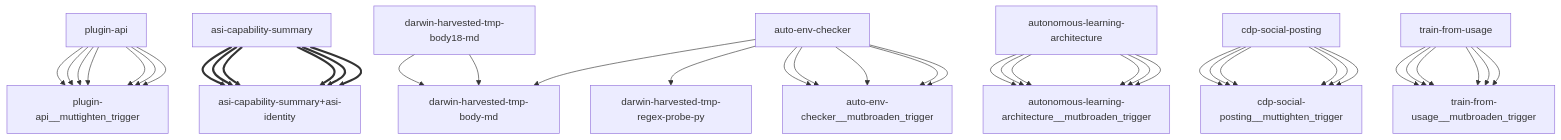
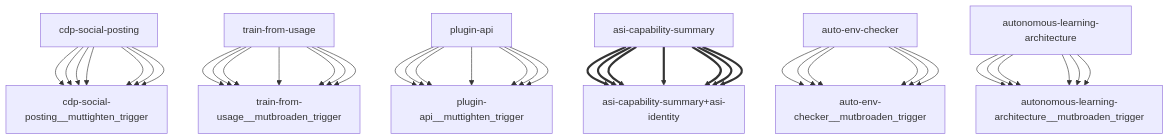
Before and after one commit to openamer/openamer: the diagram in reports/darwin-report.md, drawn with Mermaid. The commit also changed other lines of this file and 12 other files, not shown here.

````diff
--- a/reports/darwin-report.md
+++ b/reports/darwin-report.md
@@ -67,43 +67,43 @@
 ```mermaid
 graph TD
+    cdp-social-posting["cdp-social-posting"] --> cdp-social-posting__muttighten_trigger["cdp-social-posting__muttighten_trigger"]
+    train-from-usage["train-from-usage"] --> train-from-usage__mutbroaden_trigger["train-from-usage__mutbroaden_trigger"]
     plugin-api["plugin-api"] --> plugin-api__muttighten_trigger["plugin-api__muttighten_trigger"]
     asi-capability-summary["asi-capability-summary"] ==> asi-capability-summary+asi-identity["asi-capability-summary+asi-identity"]
-    auto-env-checker["auto-env-checker"] --> darwin-harvested-tmp-body-md["darwin-harvested-tmp-body-md"]
-    auto-env-checker["auto-env-checker"] --> darwin-harvested-tmp-regex-probe-py["darwin-harvested-tmp-regex-probe-py"]
     auto-env-checker["auto-env-checker"] --> auto-env-checker__mutbroaden_trigger["auto-env-checker__mutbroaden_trigger"]
     autonomous-learning-architecture["autonomous-learning-architecture"] --> autonomous-learning-architecture__mutbroaden_trigger["autonomous-learning-architecture__mutbroaden_trigger"]
     cdp-social-posting["cdp-social-posting"] --> cdp-social-posting__muttighten_trigger["cdp-social-posting__muttighten_trigger"]
     train-from-usage["train-from-usage"] --> train-from-usage__mutbroaden_trigger["train-from-usage__mutbroaden_trigger"]
     plugin-api["plugin-api"] --> plugin-api__muttighten_trigger["plugin-api__muttighten_trigger"]
+    asi-capability-summary["asi-capability-summary"] ==> asi-capability-summary+asi-identity["asi-capability-summary+asi-identity"]
+    auto-env-checker["auto-env-checker"] --> auto-env-checker__mutbroaden_trigger["auto-env-checker__mutbroaden_trigger"]
     autonomous-learning-architecture["autonomous-learning-architecture"] --> autonomous-learning-architecture__mutbroaden_trigger["autonomous-learning-architecture__mutbroaden_trigger"]
     cdp-social-posting["cdp-social-posting"] --> cdp-social-posting__muttighten_trigger["cdp-social-posting__muttighten_trigger"]
     train-from-usage["train-from-usage"] --> train-from-usage__mutbroaden_trigger["train-from-usage__mutbroaden_trigger"]
     plugin-api["plugin-api"] --> plugin-api__muttighten_trigger["plugin-api__muttighten_trigger"]
     asi-capability-summary["asi-capability-summary"] ==> asi-capability-summary+asi-identity["asi-capability-summary+asi-identity"]
-    darwin-harvested-tmp-body18-md["darwin-harvested-tmp-body18-md"] --> darwin-harvested-tmp-body-md["darwin-harvested-tmp-body-md"]
-    darwin-harvested-tmp-body18-md["darwin-harvested-tmp-body18-md"] --> darwin-harvested-tmp-body-md["darwin-harvested-tmp-body-md"]
     auto-env-checker["auto-env-checker"] --> auto-env-checker__mutbroaden_trigger["auto-env-checker__mutbroaden_trigger"]
     autonomous-learning-architecture["autonomous-learning-architecture"] --> autonomous-learning-architecture__mutbroaden_trigger["autonomous-learning-architecture__mutbroaden_trigger"]
     cdp-social-posting["cdp-social-posting"] --> cdp-social-posting__muttighten_trigger["cdp-social-posting__muttighten_trigger"]
     train-from-usage["train-from-usage"] --> train-from-usage__mutbroaden_trigger["train-from-usage__mutbroaden_trigger"]
     plugin-api["plugin-api"] --> plugin-api__muttighten_trigger["plugin-api__muttighten_trigger"]
     asi-capability-summary["asi-capability-summary"] ==> asi-capability-summary+asi-identity["asi-capability-summary+asi-identity"]
     auto-env-checker["auto-env-checker"] --> auto-env-checker__mutbroaden_trigger["auto-env-checker__mutbroaden_trigger"]
     autonomous-learning-architecture["autonomous-learning-architecture"] --> autonomous-learning-architecture__mutbroaden_trigger["autonomous-learning-architecture__mutbroaden_trigger"]
     cdp-social-posting["cdp-social-posting"] --> cdp-social-posting__muttighten_trigger["cdp-social-posting__muttighten_trigger"]
     train-from-usage["train-from-usage"] --> train-from-usage__mutbroaden_trigger["train-from-usage__mutbroaden_trigger"]
     plugin-api["plugin-api"] --> plugin-api__muttighten_trigger["plugin-api__muttighten_trigger"]
     asi-capability-summary["asi-capability-summary"] ==> asi-capability-summary+asi-identity["asi-capability-summary+asi-identity"]
     auto-env-checker["auto-env-checker"] --> auto-env-checker__mutbroaden_trigger["auto-env-checker__mutbroaden_trigger"]
     autonomous-learning-architecture["autonomous-learning-architecture"] --> autonomous-learning-architecture__mutbroaden_trigger["autonomous-learning-architecture__mutbroaden_trigger"]
     cdp-social-posting["cdp-social-posting"] --> cdp-social-posting__muttighten_trigger["cdp-social-posting__muttighten_trigger"]
     train-from-usage["train-from-usage"] --> train-from-usage__mutbroaden_trigger["train-from-usage__mutbroaden_trigger"]
     plugin-api["plugin-api"] --> plugin-api__muttighten_trigger["plugin-api__muttighten_trigger"]
     asi-capability-summary["asi-capability-summary"] ==> asi-capability-summary+asi-identity["asi-capability-summary+asi-identity"]
     auto-env-checker["auto-env-checker"] --> auto-env-checker__mutbroaden_trigger["auto-env-checker__mutbroaden_trigger"]
     autonomous-learning-architecture["autonomous-learning-architecture"] --> autonomous-learning-architecture__mutbroaden_trigger["autonomous-learning-architecture__mutbroaden_trigger"]
     cdp-social-posting["cdp-social-posting"] --> cdp-social-posting__muttighten_trigger["cdp-social-posting__muttighten_trigger"]
     train-from-usage["train-from-usage"] --> train-from-usage__mutbroaden_trigger["train-from-usage__mutbroaden_trigger"]
     plugin-api["plugin-api"] --> plugin-api__muttighten_trigger["plugin-api__muttighten_trigger"]
     asi-capability-summary["asi-capability-summary"] ==> asi-capability-summary+asi-identity["asi-capability-summary+asi-identity"]
 ```
````
